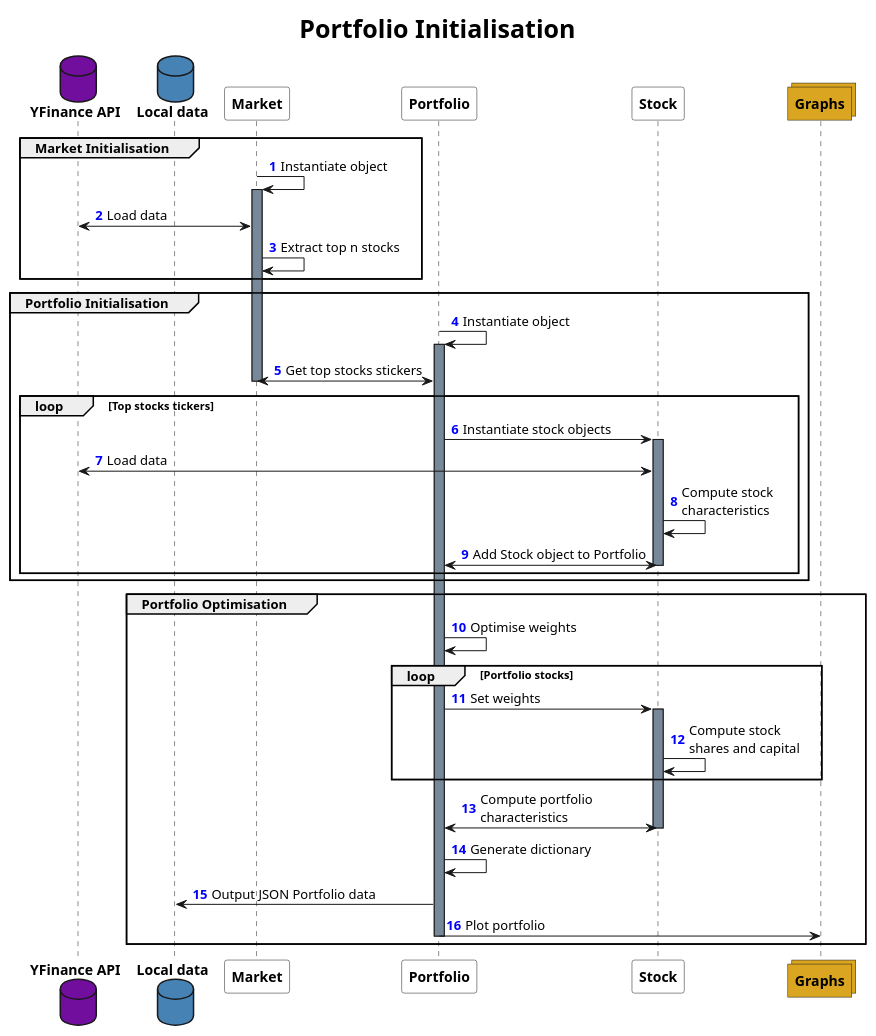
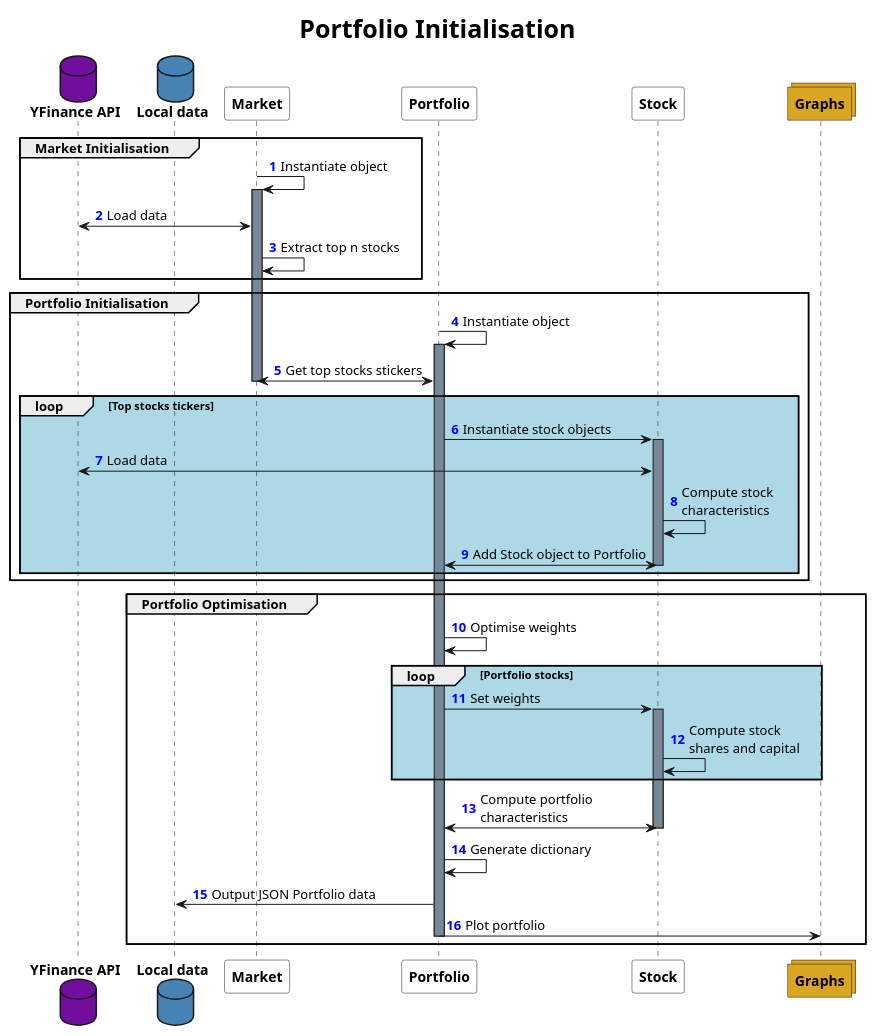
Before and after one commit to romainmrad/UVProjet: the diagram in docs/sequence_diagram/portfolio_initialisation.puml, drawn with PlantUML. The commit also changed 965 other files, not shown here.

```diff
--- a/docs/sequence_diagram/portfolio_initialisation.puml
+++ b/docs/sequence_diagram/portfolio_initialisation.puml
@@ -1,60 +1,60 @@
 @startuml
 
 skinparam ParticipantFontStyle bold
 skinparam DatabaseFontStyle bold
 skinparam CollectionsFontStyle bold
 skinparam BackgroundColor White
 skinparam TitleFontSize 25
 skinparam TitleFontStyle bold
 autonumber "<font color=blue><b>"
 
 
 title Portfolio Initialisation
 
 
 database "YFinance API" #720E9E
 database "Local data" #SteelBlue
 participant Market #White
 participant Portfolio #White
 participant Stock #White
 collections Graphs #GoldenRod
 
 group Market Initialisation
 Market -> Market: Instantiate object
 activate Market #LightSlateGrey
 Market <-> "YFinance API": Load data
 Market -> Market: Extract top n stocks
 end
 
 group Portfolio Initialisation
 Portfolio -> Portfolio: Instantiate object
 activate Portfolio #LightSlateGrey
 Portfolio <-> Market: Get top stocks stickers
 deactivate Market
-loop Top stocks tickers
+loop #LightBlue Top stocks tickers
 Portfolio -> Stock: Instantiate stock objects
 activate Stock #LightSlateGrey
 Stock <-> "YFinance API": Load data
 Stock -> Stock: Compute stock \ncharacteristics
 Stock <-> Portfolio: Add Stock object to Portfolio
 deactivate Stock
 end
 
 end
 
 group Portfolio Optimisation
 Portfolio -> Portfolio: Optimise weights
-loop Portfolio stocks
+loop #LightBlue Portfolio stocks
 Portfolio -> Stock: Set weights
 activate Stock #LightSlateGrey
 Stock -> Stock: Compute stock \nshares and capital
 end
 Stock <-> Portfolio: Compute portfolio \ncharacteristics
 deactivate Stock
 Portfolio -> Portfolio: Generate dictionary
 Portfolio -> "Local data": Output JSON Portfolio data
 Portfolio -> Graphs: Plot portfolio
 
 deactivate Portfolio
 end
 @enduml
```
